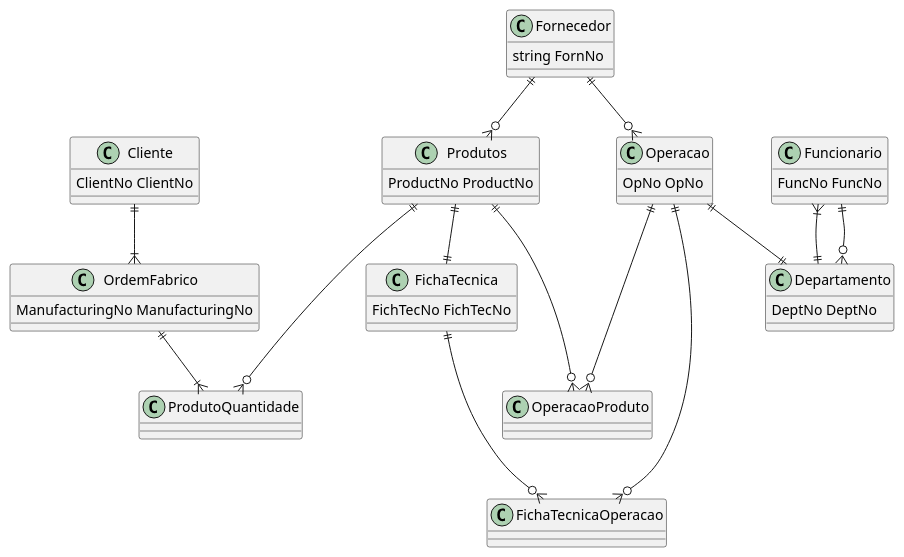
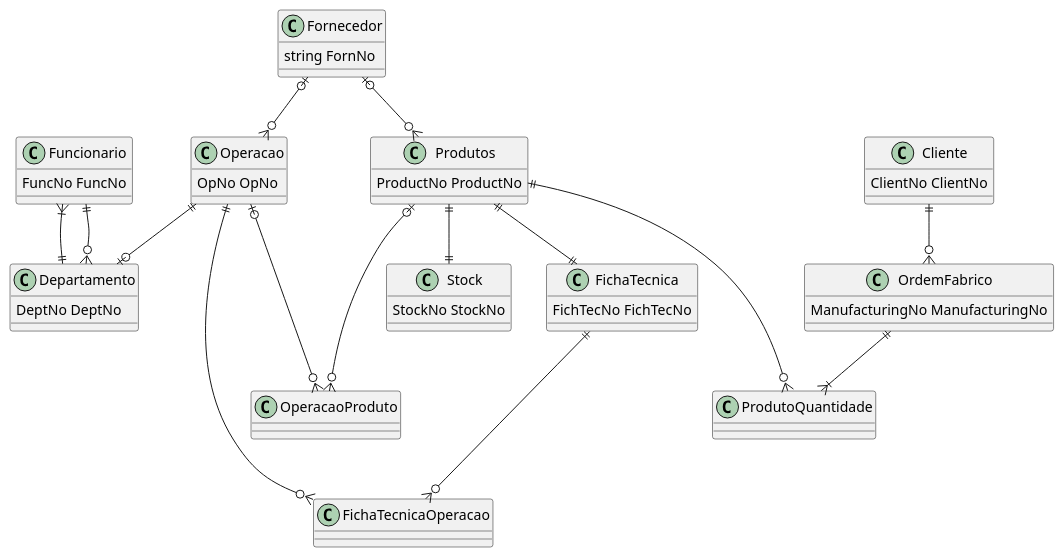
One commit to Arturito2005/TrabalhoBD changed the diagram in GeneralizacaoEspecificacao/ModeloERv1_1.plantuml. Above: the diagram before and after it, drawn with PlantUML. The commit also changed 2 other files, not shown here.

```diff
--- a/GeneralizacaoEspecificacao/ModeloERv1_1.plantuml
+++ b/GeneralizacaoEspecificacao/ModeloERv1_1.plantuml
@@ -1,133 +1,137 @@
 @startuml tableBD
 /'
 Segundo o Bruno Materiais vão ser também produtos
 '/
 
 /'
 Meter tabela de fornecedor 
 ligado aos Materias e 
 OperacaoSubContratada
 '/
 
 /'
 Agregações:
 Funcionario com Departamento
 Departamento com OperaçãoInterna
 FichaTecnica com Operacao
 
 Composições:
 Produto com Ordem de fabrico
 Cliente com Ordem de fabrico
 Produto com Ficha Tecnica
 OperacaoSubContratada com Operacao
 OperacaoInterna com Operacao
 '/
 
 /'
 Define os produtos a fabricar,
 Quantidades necessárias
 Prazos de conclusão
 '/
 class OrdemFabrico {
     ManufacturingNo ManufacturingNo
 }   
 
 class Produtos {
     ProductNo ProductNo
+}
+
+class Stock {
+    StockNo StockNo
 }
 
 class ProdutoQuantidade {
 }
 
 /'
 Conjunto de operações necessarias para a produção
 de um produto
 '/
 class FichaTecnica {
     FichTecNo FichTecNo
 }
 
 class FichaTecnicaOperacao {
 }
 
 
 /'
 Parceiro externo que pode desenvolver uma operação
 Ver se apenas um subContratado pode fazer uma e so uma operação
 '/
 class Operacao {
     OpNo OpNo
 }
 
 class OperacaoProduto { 
 }
 
 /'Extras se quissermos complicar'/
 
 /'Setor da fabrica responsável por uma determinada
 operacao'/
 class Departamento {
     DeptNo DeptNo 
 }
 
 /'
 Funcionario da fabrica, que faz parte de um setor
 '/
 class Funcionario {
     FuncNo FuncNo
 }
 
 class Cliente {
     ClientNo ClientNo 
 }
 
 class Fornecedor {
     string FornNo 
 }
 
 /'
 Relacionamento dos Funcionarios
 '/
 Funcionario }|--|| Departamento
 Funcionario ||--o{ Departamento 
 
 /'
 Relacionamento do Fornecedor
 '/
-Fornecedor ||--o{ Produtos
-Fornecedor ||--o{ Operacao
+Fornecedor |o--o{ Produtos
+Fornecedor |o--o{ Operacao
 
 /'
 Relacionamento Operacao
 '/
 Operacao ||--o{ FichaTecnicaOperacao
 
 /'
 Relacionamento das Operacoes Interna
 '/
-Operacao ||--|| Departamento
-Operacao ||---o{ OperacaoProduto
+Operacao ||--o| Departamento
+Operacao |o---o{ OperacaoProduto
 
 /'S
 Relacionamento Materiais
 '/
-Produtos ||---o{ OperacaoProduto
-
+Produtos |o---o{ OperacaoProduto
+Produtos ||--|| Stock
 /'
 Relacionamento da Ficha Tecnica
 '/
 FichaTecnica ||---o{ FichaTecnicaOperacao
 
 /'
 Relacionamentos do Produto
 '/
 Produtos ||--|| FichaTecnica
 Produtos ||---o{ ProdutoQuantidade
 
 /'
 Relacionamento Ordem Fabrico
 '/
 OrdemFabrico ||--|{ ProdutoQuantidade
-Cliente ||--|{ OrdemFabrico
+Cliente ||--o{ OrdemFabrico
 
 @enduml
```
